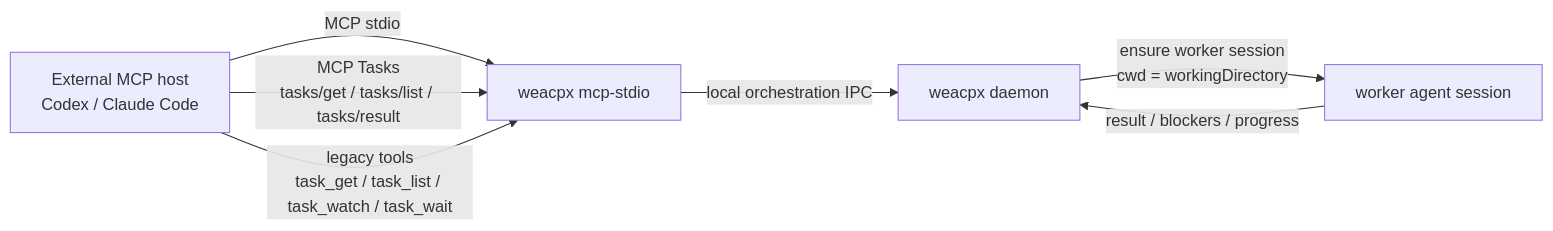
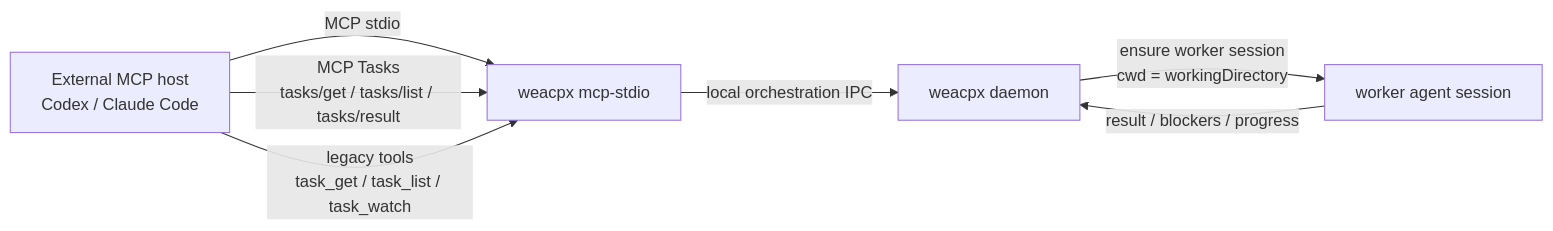
The first of 4 diagrams in docs/external-mcp.md (gadzan/weacpx), drawn with Mermaid before and after one commit. The commit also changed other lines of this file and 15 other files, not shown here.

First line of the commit message:
refactor: remove task_wait, fold blocking waits into task_watch

````diff
--- a/docs/external-mcp.md
+++ b/docs/external-mcp.md
@@ -15,9 +15,9 @@
 ```mermaid
 flowchart LR
   Host[External MCP host<br/>Codex / Claude Code] -->|MCP stdio| Mcp[weacpx mcp-stdio]
   Mcp -->|local orchestration IPC| Daemon[weacpx daemon]
   Daemon -->|ensure worker session<br/>cwd = workingDirectory| Worker[worker agent session]
   Worker -->|result / blockers / progress| Daemon
   Host -->|MCP Tasks<br/>tasks/get / tasks/list / tasks/result| Mcp
-  Host -->|legacy tools<br/>task_get / task_list / task_watch / task_wait| Mcp
+  Host -->|legacy tools<br/>task_get / task_list / task_watch| Mcp
 ```
````
